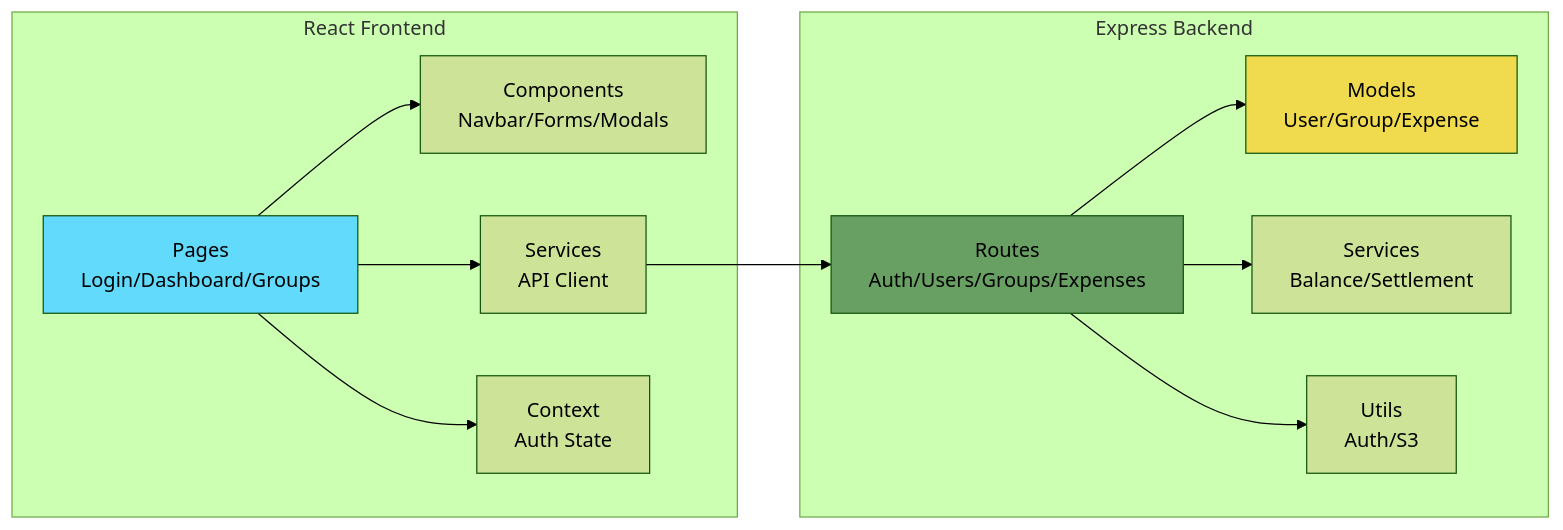
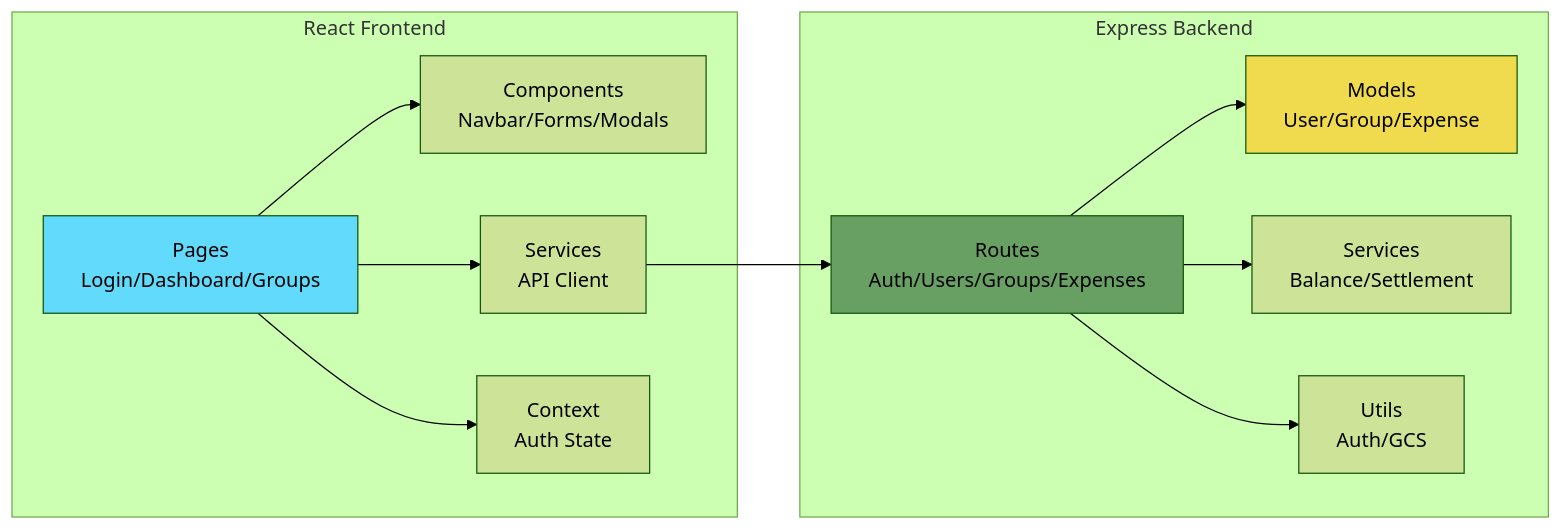
One commit to buckylee2019/expense_splitter changed the first of 2 diagrams in README.md. Above: the diagram before and after it, drawn with Mermaid (forest theme). The commit also changed other lines of this file and 25 other files, not shown here.

````diff
--- a/README.md
+++ b/README.md
@@ -13,28 +49,28 @@
 ```mermaid
 graph LR
     subgraph "React Frontend"
         Pages[Pages<br/>Login/Dashboard/Groups]
         Components[Components<br/>Navbar/Forms/Modals]
         Services[Services<br/>API Client]
         Context[Context<br/>Auth State]
     end
     
     subgraph "Express Backend"
         Routes[Routes<br/>Auth/Users/Groups/Expenses]
         Models[Models<br/>User/Group/Expense]
         ServicesB[Services<br/>Balance/Settlement]
-        Utils[Utils<br/>Auth/S3]
+        Utils[Utils<br/>Auth/GCS]
     end
     
     Pages --> Components
     Pages --> Services
     Pages --> Context
     Services --> Routes
     Routes --> Models
     Routes --> ServicesB
     Routes --> Utils
     
     style Pages fill:#61dafb
     style Routes fill:#68a063
     style Models fill:#f0db4f
 ```
````
